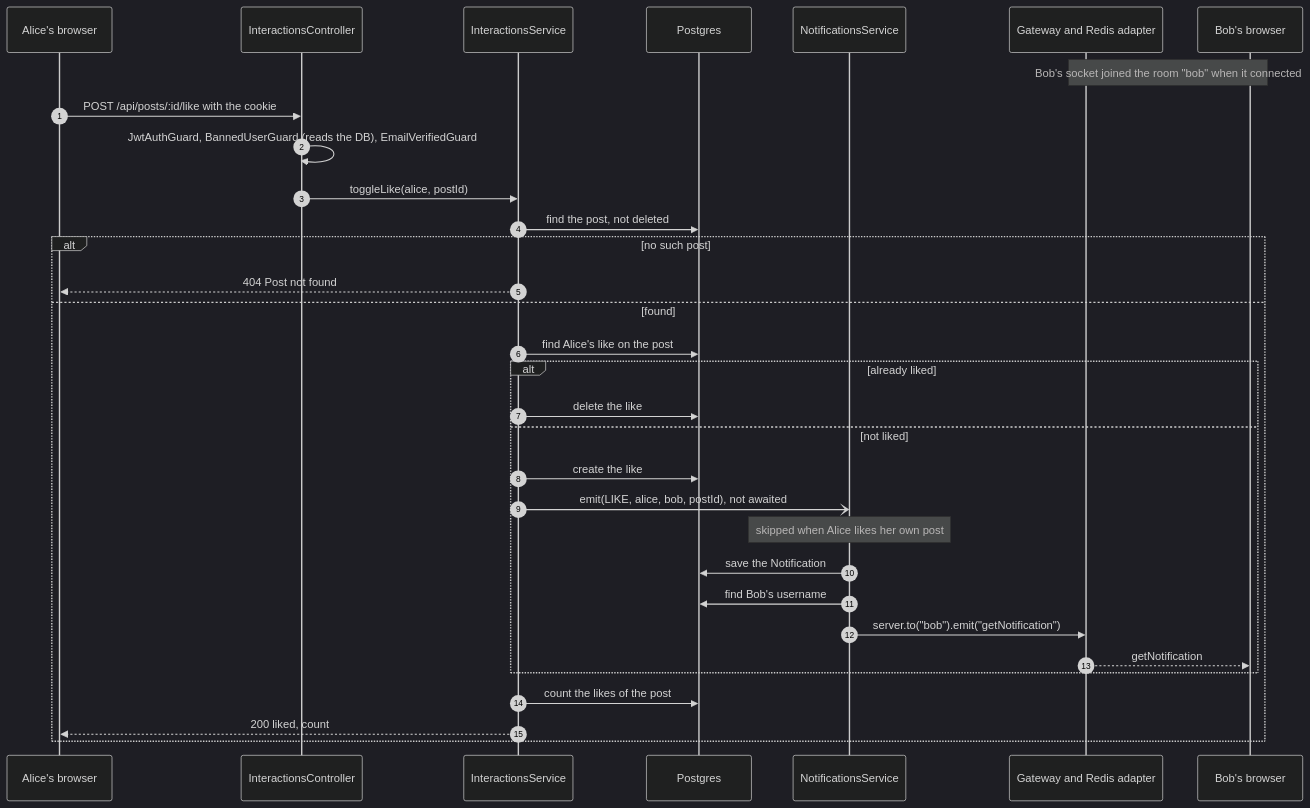
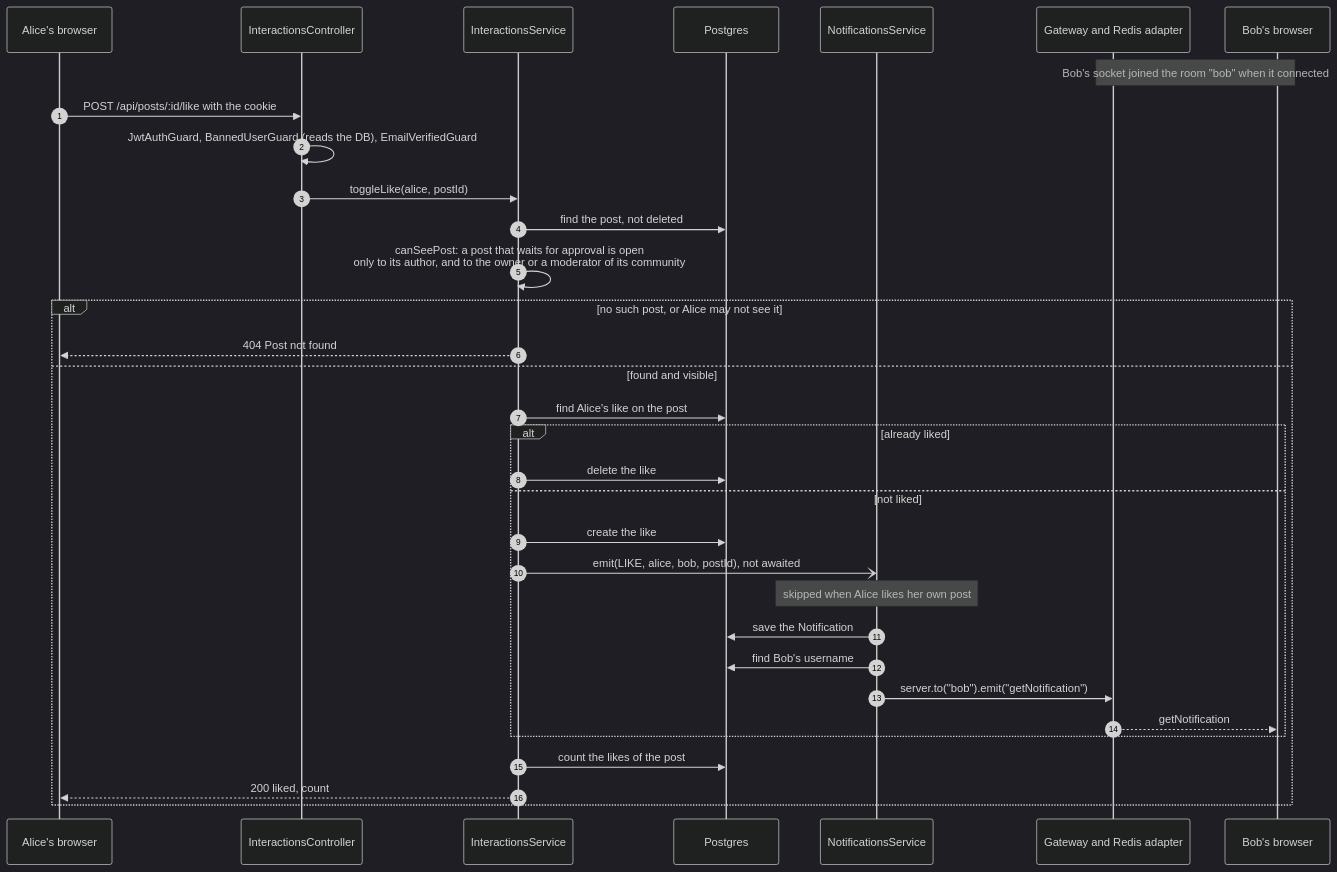
The sixth of 11 diagrams in .docs/Thesis-Report/drafts/04-system-analysis-and-design.md (CaoNgocAnhTuan/Breadit), drawn with Mermaid (dark theme) before and after one commit. The commit also changed other lines of this file and 15 other files, not shown here.

First line of the commit message:
docs: diagram scripts list, .mmd sources and figures picked up by name

````diff
--- a/.docs/Thesis-Report/drafts/04-system-analysis-and-design.md
+++ b/.docs/Thesis-Report/drafts/04-system-analysis-and-design.md
@@ -328,34 +328,35 @@
 ```mermaid
 sequenceDiagram
     autonumber
     participant A as Alice's browser
     participant C as InteractionsController
     participant S as InteractionsService
     participant DB as Postgres
     participant N as NotificationsService
     participant GW as Gateway and Redis adapter
     participant B as Bob's browser
     Note over B,GW: Bob's socket joined the room "bob" when it connected
     A->>C: POST /api/posts/:id/like with the cookie
     C->>C: JwtAuthGuard, BannedUserGuard (reads the DB), EmailVerifiedGuard
     C->>S: toggleLike(alice, postId)
     S->>DB: find the post, not deleted
-    alt no such post
+    S->>S: canSeePost: a post that waits for approval is open<br/>only to its author, and to the owner or a moderator of its community
+    alt no such post, or Alice may not see it
         S-->>A: 404 Post not found
-    else found
+    else found and visible
         S->>DB: find Alice's like on the post
         alt already liked
             S->>DB: delete the like
         else not liked
             S->>DB: create the like
             S-)N: emit(LIKE, alice, bob, postId), not awaited
             Note over N: skipped when Alice likes her own post
             N->>DB: save the Notification
             N->>DB: find Bob's username
             N->>GW: server.to("bob").emit("getNotification")
             GW-->>B: getNotification
         end
         S->>DB: count the likes of the post
         S-->>A: 200 liked, count
     end
 ```
````
